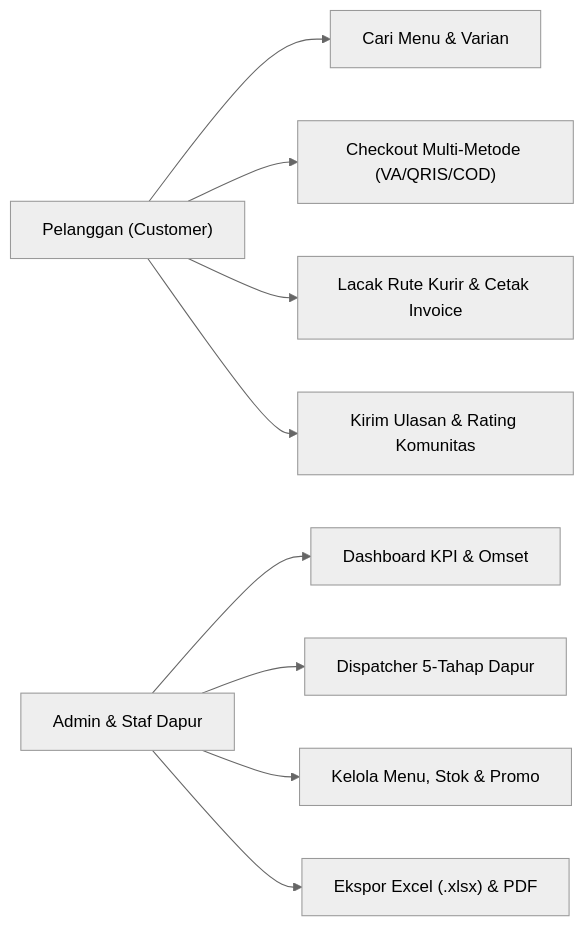
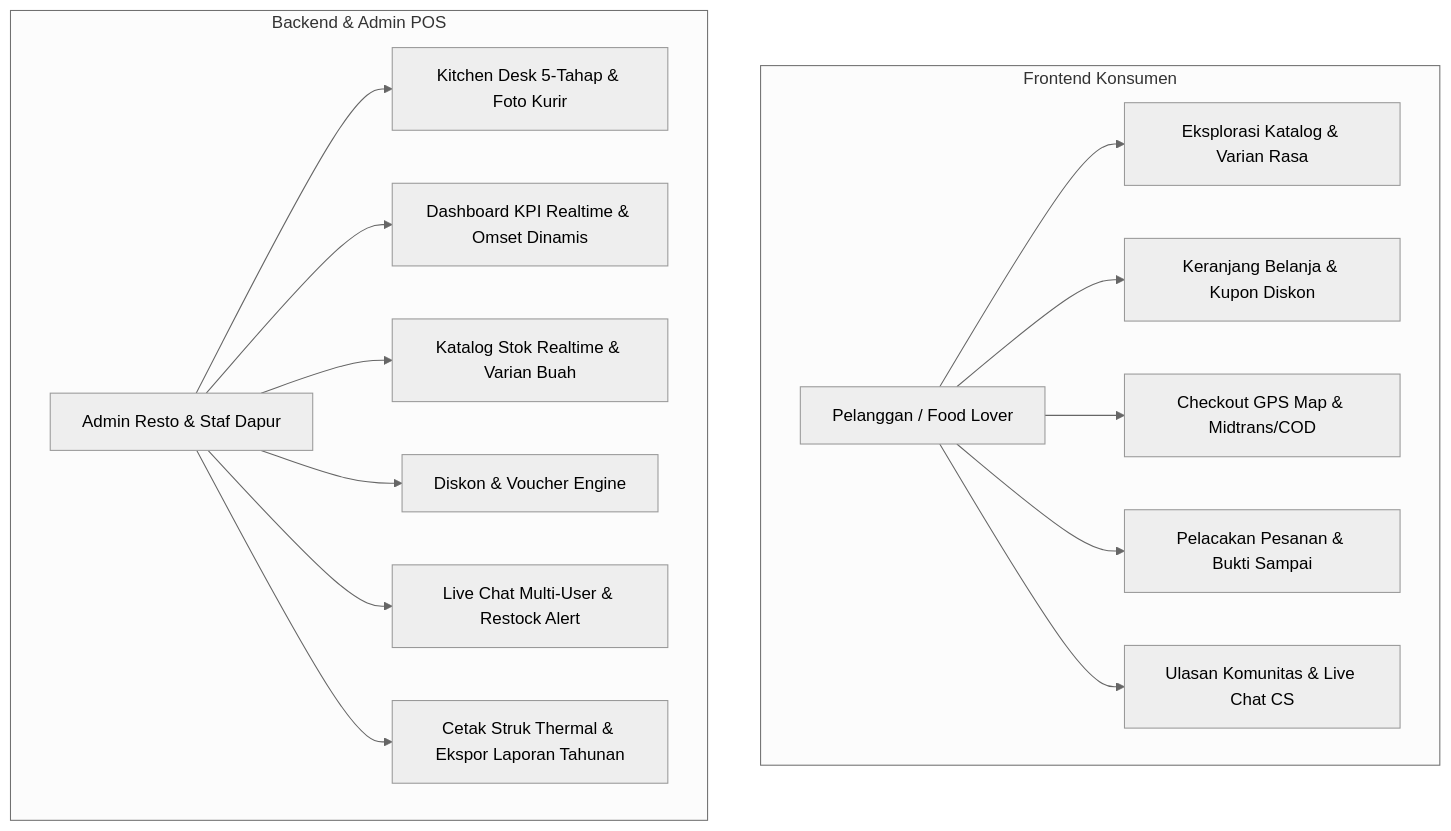
The diagram in nefakky3/docs/PRD.md (fatihahmadzakky19/Nefakky3), drawn with Mermaid (neutral theme) before and after one commit. The commit also changed other lines of this file and 75 other files, not shown here.

````diff
--- a/nefakky3/docs/PRD.md
+++ b/nefakky3/docs/PRD.md
@@ -26,12 +29,19 @@
 ```mermaid
-graph LR
-    User["Pelanggan (Customer)"] --> Action1["Cari Menu & Varian"]
-    User --> Action2["Checkout Multi-Metode (VA/QRIS/COD)"]
-    User --> Action3["Lacak Rute Kurir & Cetak Invoice"]
-    User --> Action4["Kirim Ulasan & Rating Komunitas"]
+graph TD
+    subgraph Frontend Konsumen
+        C[Pelanggan / Food Lover] --> C1[Eksplorasi Katalog & Varian Rasa]
+        C --> C2[Keranjang Belanja & Kupon Diskon]
+        C --> C3[Checkout GPS Map & Midtrans/COD]
+        C --> C4[Pelacakan Pesanan & Bukti Sampai]
+        C --> C5[Ulasan Komunitas & Live Chat CS]
+    end
 
-    Admin["Admin & Staf Dapur"] --> Admin1["Dashboard KPI & Omset"]
-    Admin --> Admin2["Dispatcher 5-Tahap Dapur"]
-    Admin --> Admin3["Kelola Menu, Stok & Promo"]
-    Admin --> Admin4["Ekspor Excel (.xlsx) & PDF"]
+    subgraph Backend & Admin POS
+        A[Admin Resto & Staf Dapur] --> A1[Kitchen Desk 5-Tahap & Foto Kurir]
+        A --> A2[Dashboard KPI Realtime & Omset Dinamis]
+        A --> A3[Katalog Stok Realtime & Varian Buah]
+        A --> A4[Diskon & Voucher Engine]
+        A --> A5[Live Chat Multi-User & Restock Alert]
+        A --> A6[Cetak Struk Thermal & Ekspor Laporan Tahunan]
+    end
 ```
````
